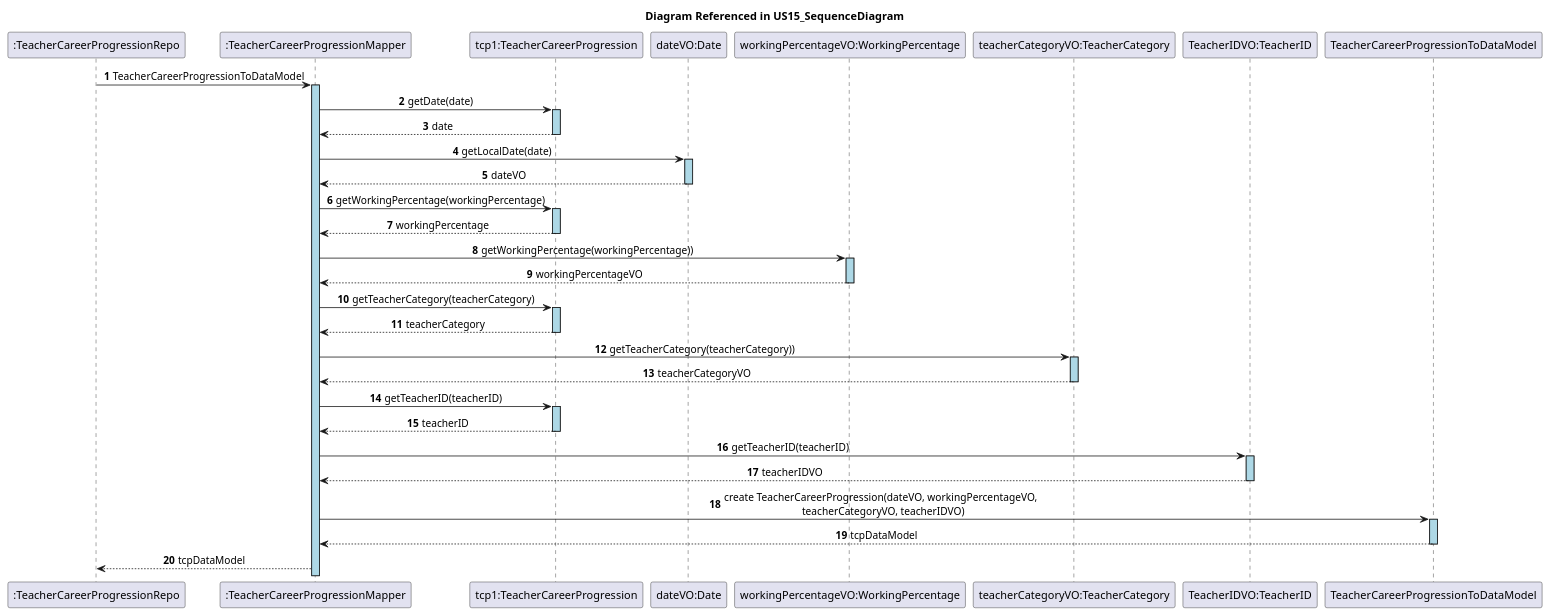
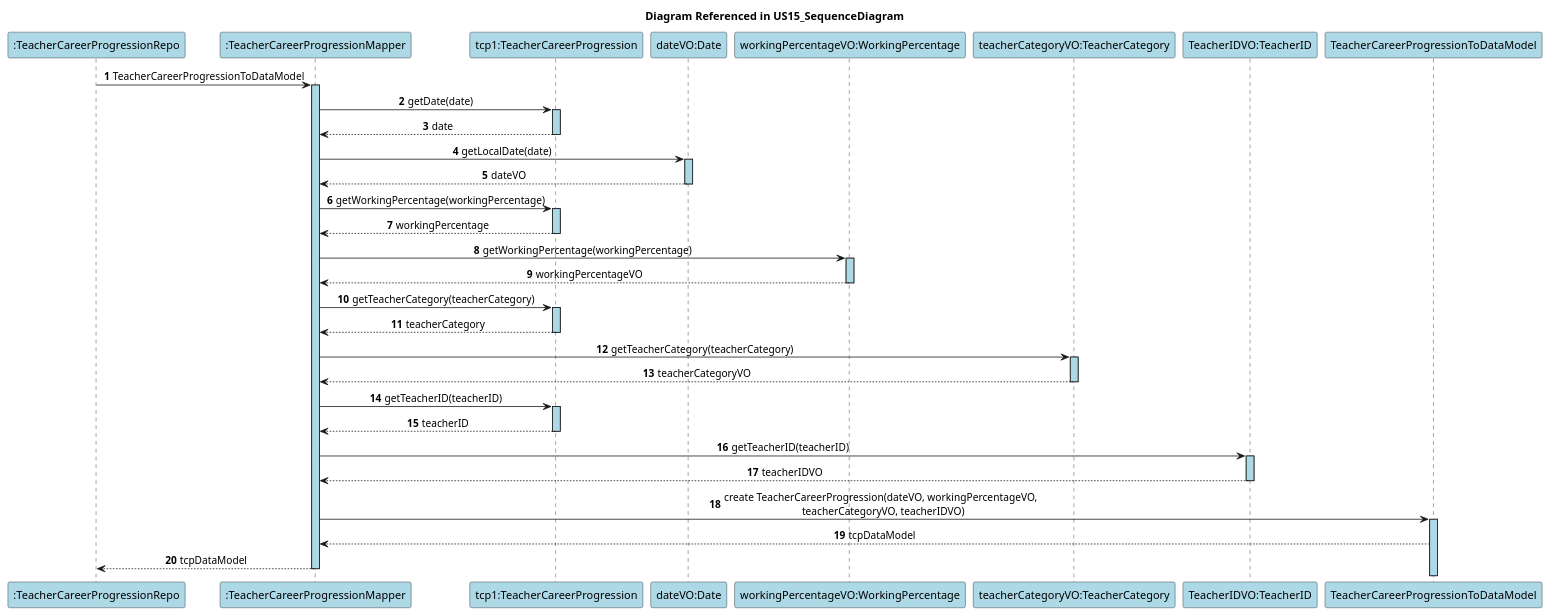
The diagram in docs/US15/UpdateTeacherWorkingPercentage_SpringData/SequenceDiagramRef_ToDataModel.puml (GasparISEP/DevOps-PAI), drawn with PlantUML before and after one commit. The commit also changed 5 other files, not shown here.

Commit message:
Update the sequence diagrams for the TeacherCareerProgression aggregate. Refs #268

```diff
--- a/docs/US15/UpdateTeacherWorkingPercentage_SpringData/SequenceDiagramRef_ToDataModel.puml
+++ b/docs/US15/UpdateTeacherWorkingPercentage_SpringData/SequenceDiagramRef_ToDataModel.puml
@@ -1,59 +1,63 @@
 @startuml
 autonumber
 skinparam sequenceMessageAlign center
 skinparam sequenceLifeLineBackgroundColor lightblue
 title Diagram Referenced in US15_SequenceDiagram
 
-participant ":TeacherCareerProgressionRepo" as TCPRepo
-participant ":TeacherCareerProgressionMapper" as TCPMapper
-participant "tcp1:TeacherCareerProgression" as TCP
-participant "dateVO:Date" as DateVO
-participant "workingPercentageVO:WorkingPercentage" as WPVO
-participant "teacherCategoryVO:TeacherCategory" as TCVO
-participant "TeacherIDVO:TeacherID" as TID
-participant "TeacherCareerProgressionToDataModel" as TCPDM
+participant ":TeacherCareerProgressionRepo" as TCPRepo #lightblue
+participant ":TeacherCareerProgressionMapper" as TCPMapper #lightblue
+participant "tcp1:TeacherCareerProgression" as TCP #lightblue
+participant "dateVO:Date" as DateVO #lightblue
+participant "workingPercentageVO:WorkingPercentage" as WPVO #lightblue
+participant "teacherCategoryVO:TeacherCategory" as TCVO #lightblue
+participant "TeacherIDVO:TeacherID" as TID #lightblue
+participant "TeacherCareerProgressionToDataModel" as TCPDM #lightblue
+
 
 TCPRepo -> TCPMapper : TeacherCareerProgressionToDataModel
+
 activate TCPMapper
 TCPMapper -> TCP : getDate(date)
 activate TCP
 TCP --> TCPMapper : date
 deactivate TCP
 TCPMapper -> DateVO : getLocalDate(date)
 activate DateVO
 DateVO -->TCPMapper : dateVO
 deactivate DateVO
 
 TCPMapper -> TCP : getWorkingPercentage(workingPercentage)
 activate TCP
 TCP --> TCPMapper : workingPercentage
 deactivate TCP
-TCPMapper -> WPVO : getWorkingPercentage(workingPercentage))
+TCPMapper -> WPVO : getWorkingPercentage(workingPercentage)
 activate WPVO
 WPVO -->TCPMapper : workingPercentageVO
 deactivate WPVO
 
 TCPMapper -> TCP : getTeacherCategory(teacherCategory)
 activate TCP
 TCP --> TCPMapper : teacherCategory
 deactivate TCP
-TCPMapper -> TCVO : getTeacherCategory(teacherCategory))
+TCPMapper -> TCVO : getTeacherCategory(teacherCategory)
 activate TCVO
 TCVO -->TCPMapper : teacherCategoryVO
 deactivate TCVO
 
 TCPMapper -> TCP : getTeacherID(teacherID)
 activate TCP
 TCP --> TCPMapper : teacherID
 deactivate TCP
 TCPMapper -> TID : getTeacherID(teacherID)
 activate TID
 TID -->TCPMapper : teacherIDVO
 deactivate TID
 
+
 TCPMapper -> TCPDM : create TeacherCareerProgression(dateVO, workingPercentageVO, \n teacherCategoryVO, teacherIDVO)
 activate TCPDM
 TCPDM --> TCPMapper : tcpDataModel
-deactivate TCPDM
 TCPMapper --> TCPRepo : tcpDataModel
+deactivate TCPMapper
+
 @enduml
```
